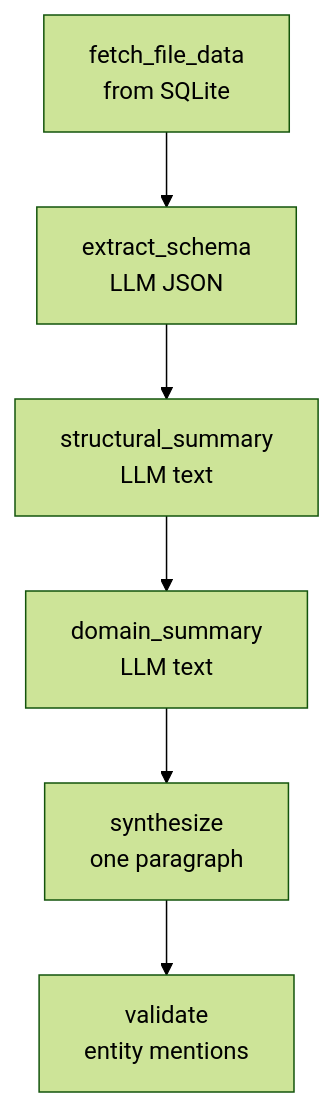
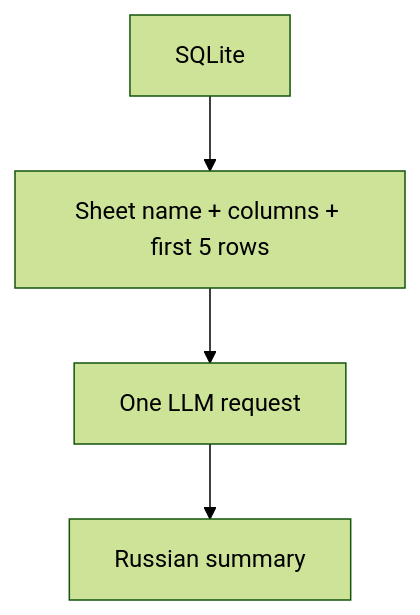
Before and after one commit to Sasyami/ETL-S2T-Parser: the fourth of 4 diagrams in README.md, drawn with Mermaid (forest theme). The commit also changed other lines of this file and 92 other files, not shown here.

````diff
--- a/README.md
+++ b/README.md
@@ -146,8 +172,6 @@
 ```mermaid
 flowchart TB
-  A[fetch_file_data\nfrom SQLite] --> B[extract_schema\nLLM JSON]
-  B --> C[structural_summary\nLLM text]
-  C --> D[domain_summary\nLLM text]
-  D --> E[synthesize\none paragraph]
-  E --> F[validate\nentity mentions]
+  A[SQLite] --> B[Sheet name + columns + first 5 rows]
+  B --> C[One LLM request]
+  C --> D[Russian summary]
 ```
````
